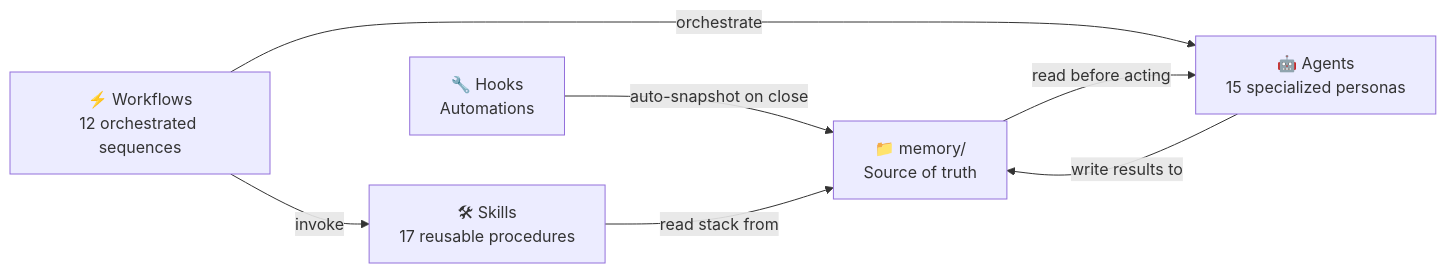
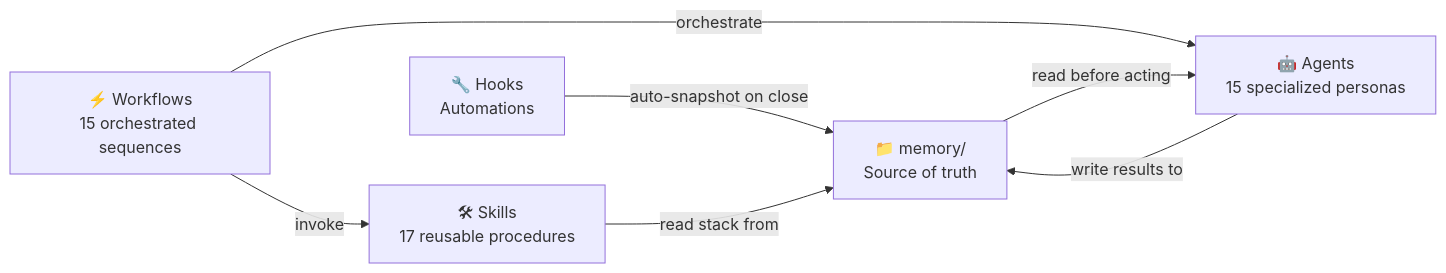
The diagram in README.md (KillianPiccerelle/ai-dev-framework), drawn with Mermaid before and after one commit. The commit also changed other lines of this file and 5 other files, not shown here.

````diff
--- a/README.md
+++ b/README.md
@@ -112,15 +112,15 @@
 ```mermaid
 graph LR
     MEM["📁 memory/\nSource of truth"]
     AGT["🤖 Agents\n15 specialized personas"]
-    WFL["⚡ Workflows\n12 orchestrated sequences"]
+    WFL["⚡ Workflows\n15 orchestrated sequences"]
     SKL["🛠 Skills\n17 reusable procedures"]
     HKS["🔧 Hooks\nAutomations"]
 
     MEM -->|read before acting| AGT
     AGT -->|write results to| MEM
     WFL -->|orchestrate| AGT
     WFL -->|invoke| SKL
     SKL -->|read stack from| MEM
     HKS -->|auto-snapshot on close| MEM
 ```
````
